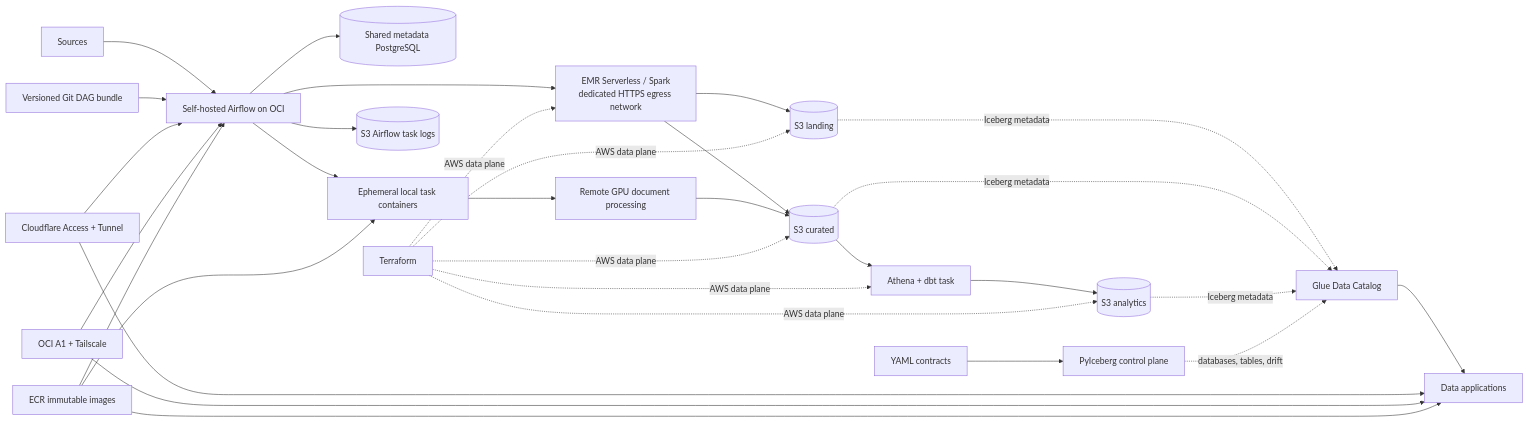
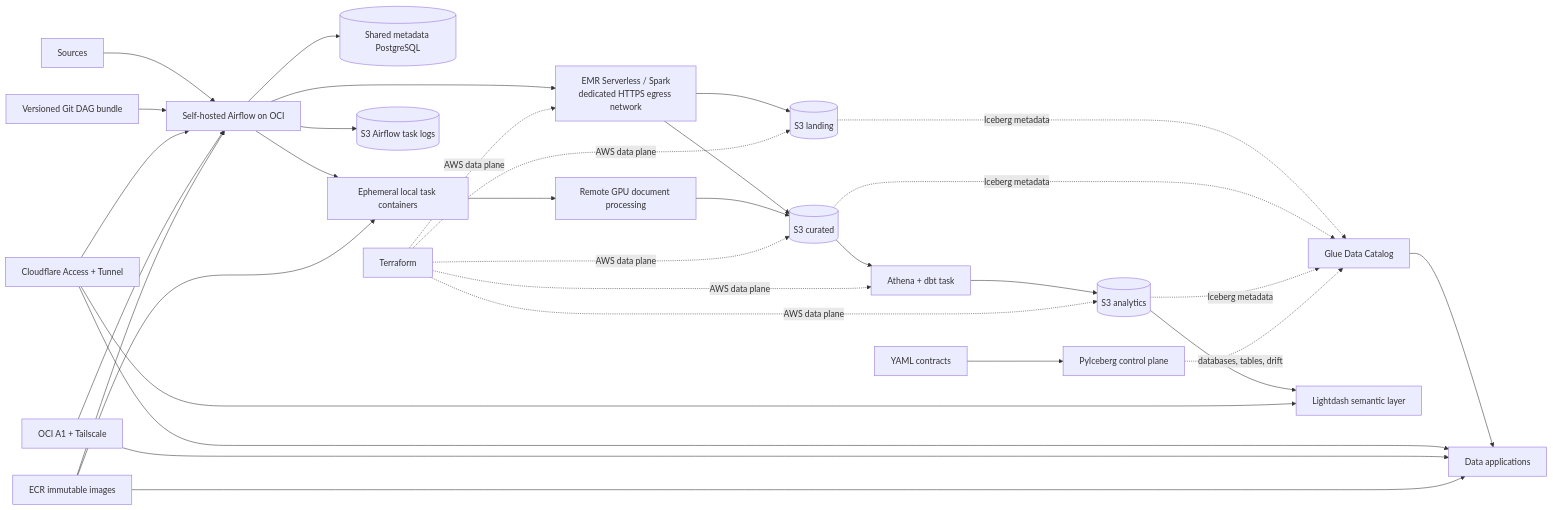
Before and after one commit to ToGiaBaoKDL/mini-lakehouse: the diagram in README.md, drawn with Mermaid. The commit also changed other lines of this file and 70 other files, not shown here.

````diff
--- a/README.md
+++ b/README.md
@@ -7,25 +7,26 @@
 ```mermaid
 flowchart LR
     S[Sources] --> A[Self-hosted Airflow on OCI]
     B[Versioned Git DAG bundle] --> A
     A --> M[(Shared metadata PostgreSQL)]
     A --> E[EMR Serverless / Spark<br/>dedicated HTTPS egress network]
     A --> W[Ephemeral local task containers]
     A --> Z[(S3 Airflow task logs)]
     W --> R[Remote GPU document processing]
     E --> L[(S3 landing)]
     E --> C[(S3 curated)]
     R --> C
     L & C -. Iceberg metadata .-> G[Glue Data Catalog]
     C --> Q[Athena + dbt task]
     Q --> N[(S3 analytics)]
     N -. Iceberg metadata .-> G
     G --> D[Data applications]
-    F[Cloudflare Access + Tunnel] --> A & D
+    N --> H[Lightdash semantic layer]
+    F[Cloudflare Access + Tunnel] --> A & D & H
 
     T[Terraform] -. AWS data plane .-> L & C & N & E & Q
     O[OCI A1 + Tailscale] --> A & D
     X[ECR immutable images] --> A & W & D
     Y[YAML contracts] --> P[PyIceberg control plane]
     P -. databases, tables, drift .-> G
 ```
````
